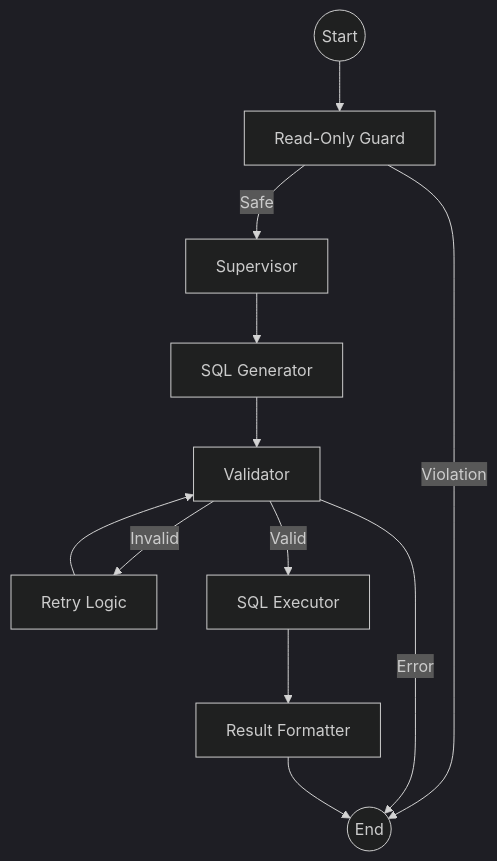
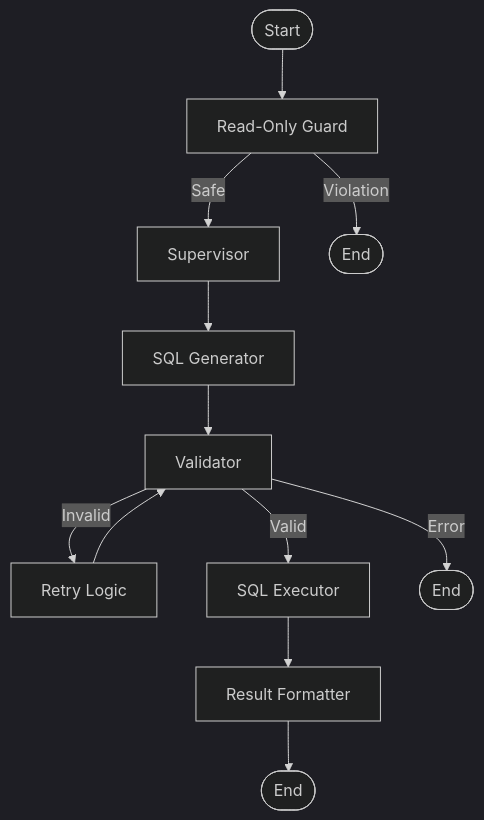
Before and after one commit to Darshan273/SQL-RAG-text2sql: the diagram in README.md, drawn with Mermaid (dark theme).

Commit message:
Fix: Correct Mermaid diagram syntax for System Architecture

````diff
--- a/README.md
+++ b/README.md
@@ -74,18 +74,30 @@
 ```mermaid
 graph TD
-    START((Start)) --> RG[Read-Only Guard]
-    RG -- Safe --> SUP[Supervisor]
-    RG -- Violation --> END((End))
+    Start([Start])
+    RG["Read-Only Guard"]
+    SUP["Supervisor"]
+    GEN["SQL Generator"]
+    VAL["Validator"]
+    RET["Retry Logic"]
+    EXE["SQL Executor"]
+    FMT["Result Formatter"]
+    End1([End])
+    End2([End])
+    End3([End])
     
-    SUP --> GEN[SQL Generator]
-    GEN --> VAL[Validator]
+    Start --> RG
+    RG -->|Safe| SUP
+    RG -->|Violation| End1
     
-    VAL -- Invalid --> RET[Retry Logic]
+    SUP --> GEN
+    GEN --> VAL
+    
+    VAL -->|Invalid| RET
     RET --> VAL
     
-    VAL -- Valid --> EXE[SQL Executor]
-    VAL -- Error --> END
+    VAL -->|Valid| EXE
+    VAL -->|Error| End2
     
-    EXE --> FMT[Result Formatter]
-    FMT --> END
+    EXE --> FMT
+    FMT --> End3
 ```
````
